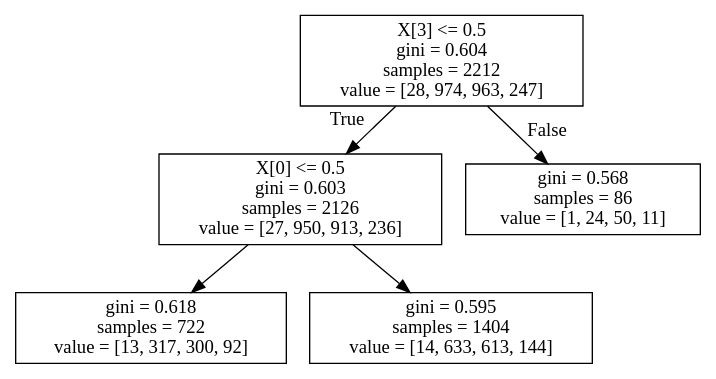
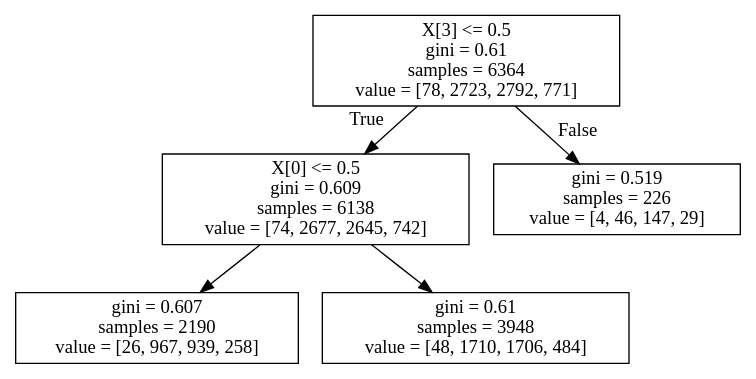
One commit to jesbu1/viper changed the diagram in data/vizdoom/ppo/0002r0+vizdoo_config_file=vi_en_as_sc_de_th_ce.cfg+max_depth=6+n_batch_rollou=10+max_samples=200000+max_iters=80+train_frac=0.8+is_reweight=False/dt_policy.dot. Above: the diagram before and after it, drawn with Graphviz. The commit also changed 455 other files, not shown here.

```diff
--- a/data/vizdoom/ppo/0002r0+vizdoo_config_file=vi_en_as_sc_de_th_ce.cfg+max_depth=6+n_batch_rollou=10+max_samples=200000+max_iters=80+train_frac=0.8+is_reweight=False/dt_policy.dot
+++ b/data/vizdoom/ppo/0002r0+vizdoo_config_file=vi_en_as_sc_de_th_ce.cfg+max_depth=6+n_batch_rollou=10+max_samples=200000+max_iters=80+train_frac=0.8+is_reweight=False/dt_policy.dot
@@ -1,12 +1,12 @@
 digraph Tree {
 node [shape=box] ;
-0 [label="X[3] <= 0.5\ngini = 0.604\nsamples = 2212\nvalue = [28, 974, 963, 247]"] ;
-1 [label="X[0] <= 0.5\ngini = 0.603\nsamples = 2126\nvalue = [27, 950, 913, 236]"] ;
+0 [label="X[3] <= 0.5\ngini = 0.61\nsamples = 6364\nvalue = [78, 2723, 2792, 771]"] ;
+1 [label="X[0] <= 0.5\ngini = 0.609\nsamples = 6138\nvalue = [74, 2677, 2645, 742]"] ;
 0 -> 1 [labeldistance=2.5, labelangle=45, headlabel="True"] ;
-2 [label="gini = 0.618\nsamples = 722\nvalue = [13, 317, 300, 92]"] ;
+2 [label="gini = 0.607\nsamples = 2190\nvalue = [26, 967, 939, 258]"] ;
 1 -> 2 ;
-3 [label="gini = 0.595\nsamples = 1404\nvalue = [14, 633, 613, 144]"] ;
+3 [label="gini = 0.61\nsamples = 3948\nvalue = [48, 1710, 1706, 484]"] ;
 1 -> 3 ;
-4 [label="gini = 0.568\nsamples = 86\nvalue = [1, 24, 50, 11]"] ;
+4 [label="gini = 0.519\nsamples = 226\nvalue = [4, 46, 147, 29]"] ;
 0 -> 4 [labeldistance=2.5, labelangle=-45, headlabel="False"] ;
 }
```
